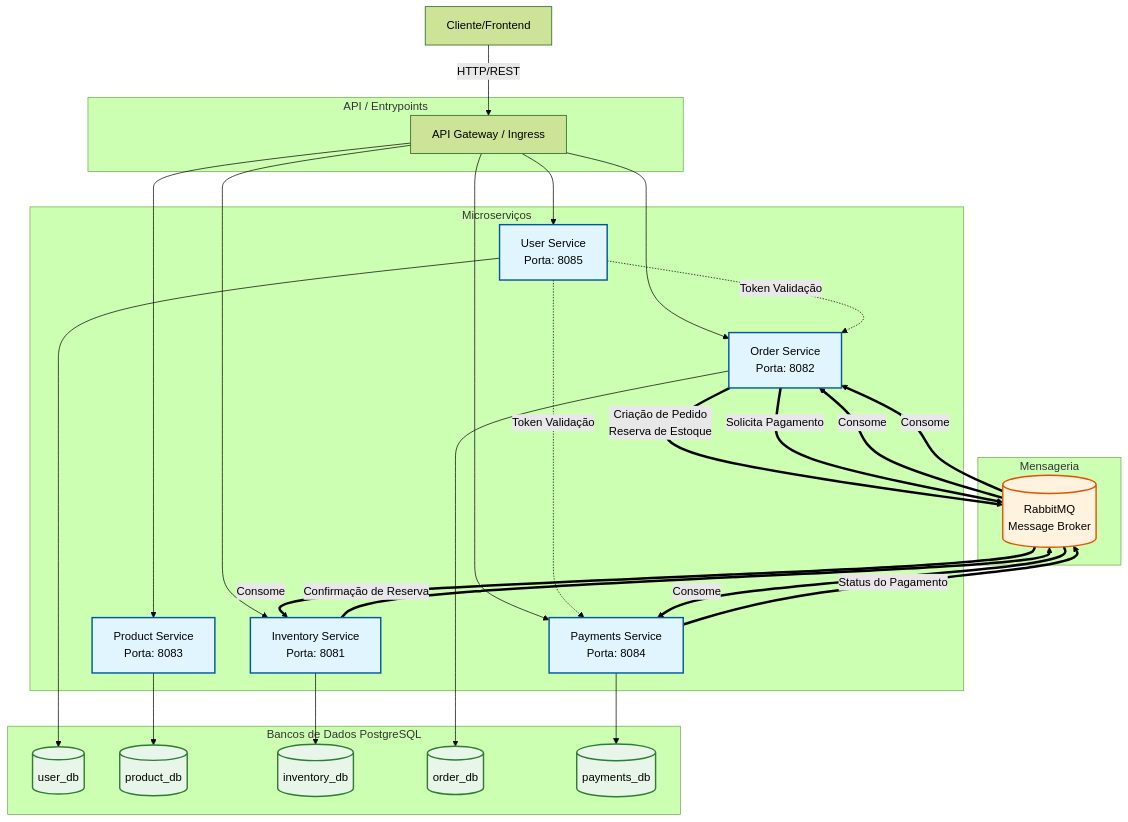
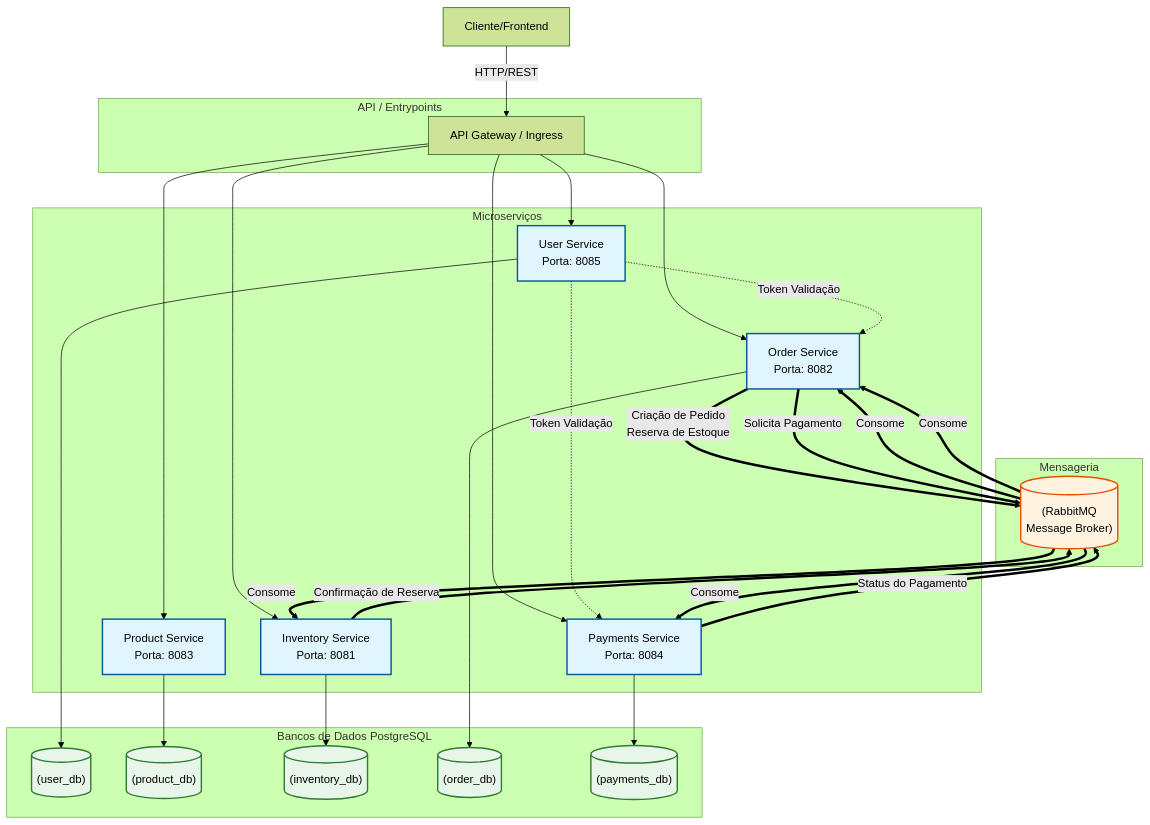
One commit to betolara1/Spring-Microservices-Ecommerce changed the diagram in README.md. Above: the diagram before and after it, drawn with Mermaid (forest theme). The commit also changed other lines of this file, not shown here.

Commit message:
correção readme.md

````diff
--- a/README.md
+++ b/README.md
@@ -28,66 +28,66 @@
 ```mermaid
 graph TD
     Client[Cliente/Frontend]
     
     subgraph "API / Entrypoints"
-        Gateway[API Gateway / Ingress]
+        Gateway["API Gateway / Ingress"]
     end
 
     subgraph "Microserviços"
-        US[User Service<br/>Porta: 8085]
-        PS[Product Service<br/>Porta: 8083]
-        IS[Inventory Service<br/>Porta: 8081]
-        OS[Order Service<br/>Porta: 8082]
-        PayS[Payments Service<br/>Porta: 8084]
+        US["User Service<br/>Porta: 8085"]
+        PS["Product Service<br/>Porta: 8083"]
+        IS["Inventory Service<br/>Porta: 8081"]
+        OS["Order Service<br/>Porta: 8082"]
+        PayS["Payments Service<br/>Porta: 8084"]
     end
 
     subgraph "Mensageria"
-        RabbitMQ[(RabbitMQ<br/>Message Broker)]
+        RabbitMQ[("(RabbitMQ<br/>Message Broker)")]
     end
 
     subgraph "Bancos de Dados PostgreSQL"
-        DB_User[(user_db)]
-        DB_Prod[(product_db)]
-        DB_Inv[(inventory_db)]
-        DB_Ord[(order_db)]
-        DB_Pay[(payments_db)]
+        DB_User[("(user_db)")]
+        DB_Prod[("(product_db)")]
+        DB_Inv[("(inventory_db)")]
+        DB_Ord[("(order_db)")]
+        DB_Pay[("(payments_db)")]
     end
 
     Client -->|HTTP/REST| Gateway
     Gateway --> US
     Gateway --> PS
     Gateway --> IS
     Gateway --> OS
     Gateway --> PayS
 
     US --> DB_User
     PS --> DB_Prod
     IS --> DB_Inv
     OS --> DB_Ord
     PayS --> DB_Pay
 
     %% Comunicação Síncrona (Feign/REST)
     US -.->|Token Validação| OS
     US -.->|Token Validação| PayS
     
     %% Comunicação Assíncrona (RabbitMQ)
-    OS ==>|Criação de Pedido<br/>Reserva de Estoque| RabbitMQ
+    OS ==>|"Criação de Pedido<br/>Reserva de Estoque"| RabbitMQ
     RabbitMQ ==>|Consome| IS
     
     IS ==>|Confirmação de Reserva| RabbitMQ
     RabbitMQ ==>|Consome| OS
     
     OS ==>|Solicita Pagamento| RabbitMQ
     RabbitMQ ==>|Consome| PayS
     
     PayS ==>|Status do Pagamento| RabbitMQ
     RabbitMQ ==>|Consome| OS
 
     classDef service fill:#e1f5fe,stroke:#01579b,stroke-width:2px;
     classDef db fill:#e8f5e9,stroke:#2e7d32,stroke-width:2px;
     classDef broker fill:#fff3e0,stroke:#e65100,stroke-width:2px;
     
     class US,PS,IS,OS,PayS service;
     class DB_User,DB_Prod,DB_Inv,DB_Ord,DB_Pay db;
     class RabbitMQ broker;
 ```
````
